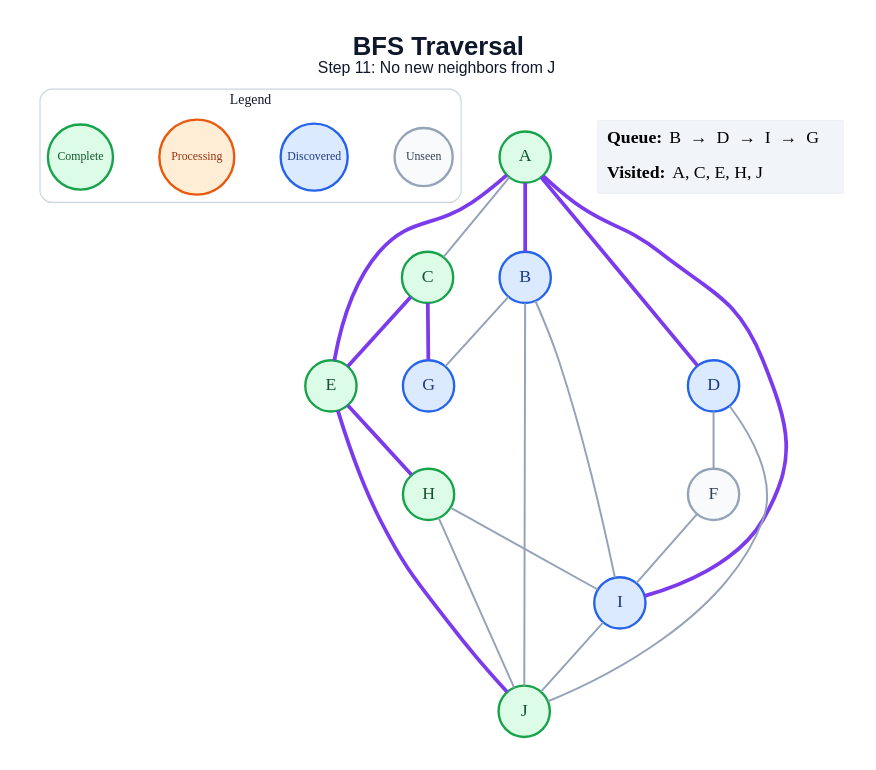
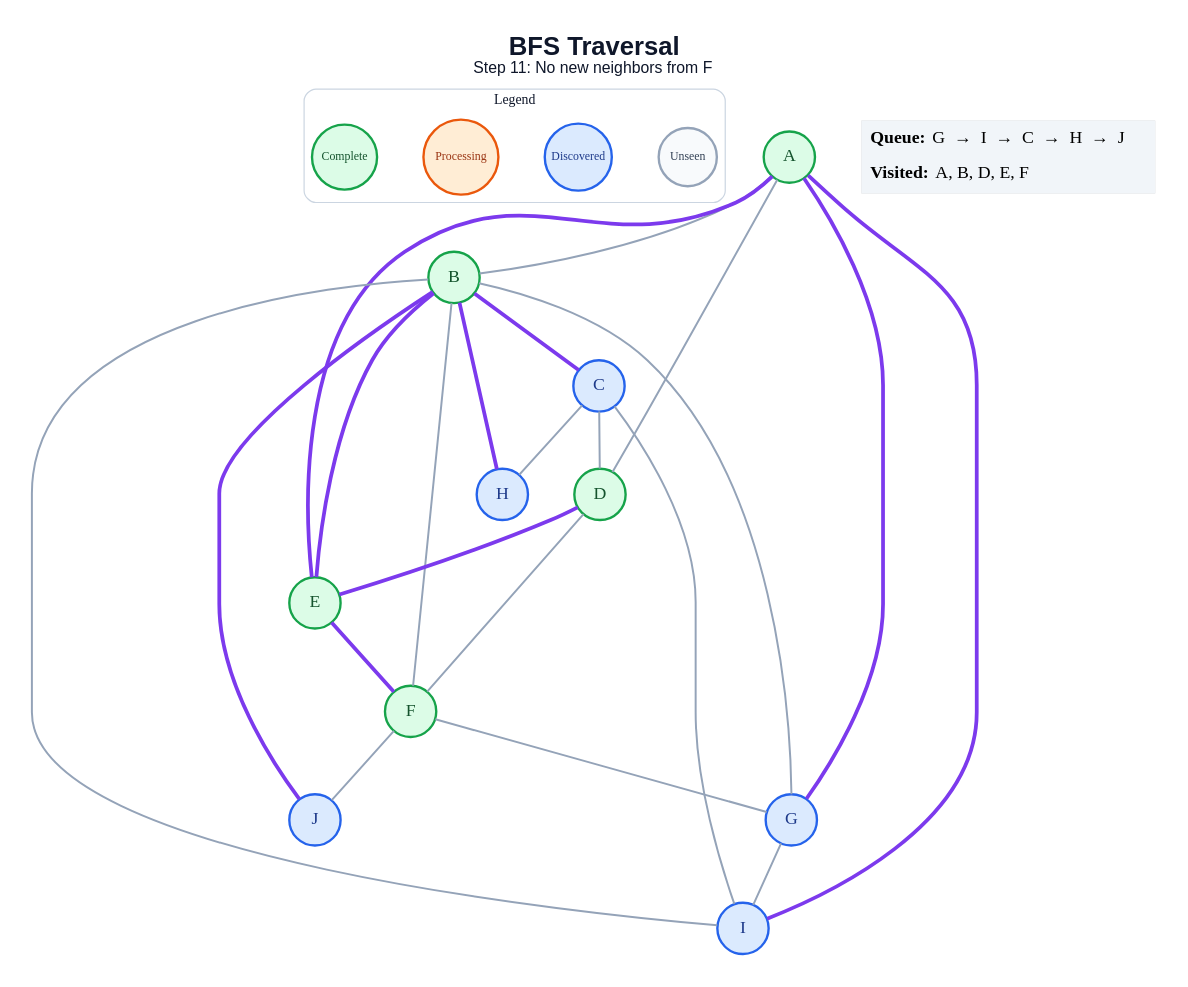
The diagram in generated/specific-node/bfs/step_11.dot (amanghodawala9/ai-slop), drawn with Graphviz before and after one commit. The commit also changed 178 other files, not shown here.

```diff
--- a/generated/specific-node/bfs/step_11.dot
+++ b/generated/specific-node/bfs/step_11.dot
@@ -1,47 +1,50 @@
 graph traversal {
   graph [layout=dot, rankdir=TB, bgcolor="#FFFFFF", pad="0.35", nodesep="0.65", ranksep="0.8", fontname="Arial"];
   node [shape=circle, style="filled", fontname="Arial Bold", fontsize=18, width=0.72, fixedsize=true, penwidth=2.4];
   edge [color="#94A3B8", penwidth=2.0];
-  label=<<B>BFS Traversal</B><BR/><FONT POINT-SIZE="16">Step 11: No new neighbors from J</FONT>>; labelloc="t"; fontsize=26; fontname="Arial"; fontcolor="#0F172A";
+  label=<<B>BFS Traversal</B><BR/><FONT POINT-SIZE="16">Step 11: No new neighbors from F</FONT>>; labelloc="t"; fontsize=26; fontname="Arial"; fontcolor="#0F172A";
   subgraph cluster_legend { label="Legend"; color="#CBD5E1"; penwidth=1.2; style="rounded"; fontsize=14; fontname="Arial Bold";
     key_unseen [label="Unseen", fillcolor="#F8FAFC", color="#94A3B8", fontcolor="#334155", fontsize=12, width=0.82];
     key_frontier [label="Discovered", fillcolor="#DBEAFE", color="#2563EB", fontcolor="#1E3A8A", fontsize=12, width=0.95];
     key_current [label="Processing", fillcolor="#FFEDD5", color="#EA580C", fontcolor="#9A3412", fontsize=12, width=1.05];
     key_done [label="Complete", fillcolor="#DCFCE7", color="#16A34A", fontcolor="#14532D", fontsize=12, width=0.92];
     { rank=same; key_unseen; key_frontier; key_current; key_done; }
   }
   A [fillcolor="#DCFCE7", color="#16A34A", fontcolor="#14532D"];
-  B [fillcolor="#DBEAFE", color="#2563EB", fontcolor="#1E3A8A"];
-  C [fillcolor="#DCFCE7", color="#16A34A", fontcolor="#14532D"];
-  D [fillcolor="#DBEAFE", color="#2563EB", fontcolor="#1E3A8A"];
+  B [fillcolor="#DCFCE7", color="#16A34A", fontcolor="#14532D"];
+  C [fillcolor="#DBEAFE", color="#2563EB", fontcolor="#1E3A8A"];
+  D [fillcolor="#DCFCE7", color="#16A34A", fontcolor="#14532D"];
   E [fillcolor="#DCFCE7", color="#16A34A", fontcolor="#14532D"];
-  F [fillcolor="#F8FAFC", color="#94A3B8", fontcolor="#334155"];
+  F [fillcolor="#DCFCE7", color="#16A34A", fontcolor="#14532D"];
   G [fillcolor="#DBEAFE", color="#2563EB", fontcolor="#1E3A8A"];
-  H [fillcolor="#DCFCE7", color="#16A34A", fontcolor="#14532D"];
+  H [fillcolor="#DBEAFE", color="#2563EB", fontcolor="#1E3A8A"];
   I [fillcolor="#DBEAFE", color="#2563EB", fontcolor="#1E3A8A"];
-  J [fillcolor="#DCFCE7", color="#16A34A", fontcolor="#14532D"];
-  A -- B [color="#7C3AED", penwidth=3.8];
-  A -- C;
-  A -- D [color="#7C3AED", penwidth=3.8];
+  J [fillcolor="#DBEAFE", color="#2563EB", fontcolor="#1E3A8A"];
+  A -- B;
+  A -- D;
   A -- E [color="#7C3AED", penwidth=3.8];
+  A -- G [color="#7C3AED", penwidth=3.8];
   A -- I [color="#7C3AED", penwidth=3.8];
+  B -- C [color="#7C3AED", penwidth=3.8];
+  B -- E [color="#7C3AED", penwidth=3.8];
+  B -- F;
   B -- G;
+  B -- H [color="#7C3AED", penwidth=3.8];
   B -- I;
-  B -- J;
-  C -- E [color="#7C3AED", penwidth=3.8];
-  C -- G [color="#7C3AED", penwidth=3.8];
+  B -- J [color="#7C3AED", penwidth=3.8];
+  C -- D;
+  C -- H;
+  C -- I;
+  D -- E [color="#7C3AED", penwidth=3.8];
   D -- F;
-  D -- J;
-  E -- H [color="#7C3AED", penwidth=3.8];
-  E -- J [color="#7C3AED", penwidth=3.8];
-  F -- I;
-  H -- I;
-  H -- J;
-  I -- J;
+  E -- F [color="#7C3AED", penwidth=3.8];
+  F -- G;
+  F -- J;
+  G -- I;
   status [shape=plain, fixedsize=false, width=0, height=0, margin=0, label=<
     <TABLE BORDER="0" CELLBORDER="0" CELLPADDING="7" BGCOLOR="#F1F5F9">
-      <TR><TD ALIGN="LEFT"><B>Queue:</B> B  →  D  →  I  →  G</TD></TR>
-      <TR><TD ALIGN="LEFT"><B>Visited:</B> A, C, E, H, J</TD></TR>
+      <TR><TD ALIGN="LEFT"><B>Queue:</B> G  →  I  →  C  →  H  →  J</TD></TR>
+      <TR><TD ALIGN="LEFT"><B>Visited:</B> A, B, D, E, F</TD></TR>
     </TABLE>
   >];
 }
```
